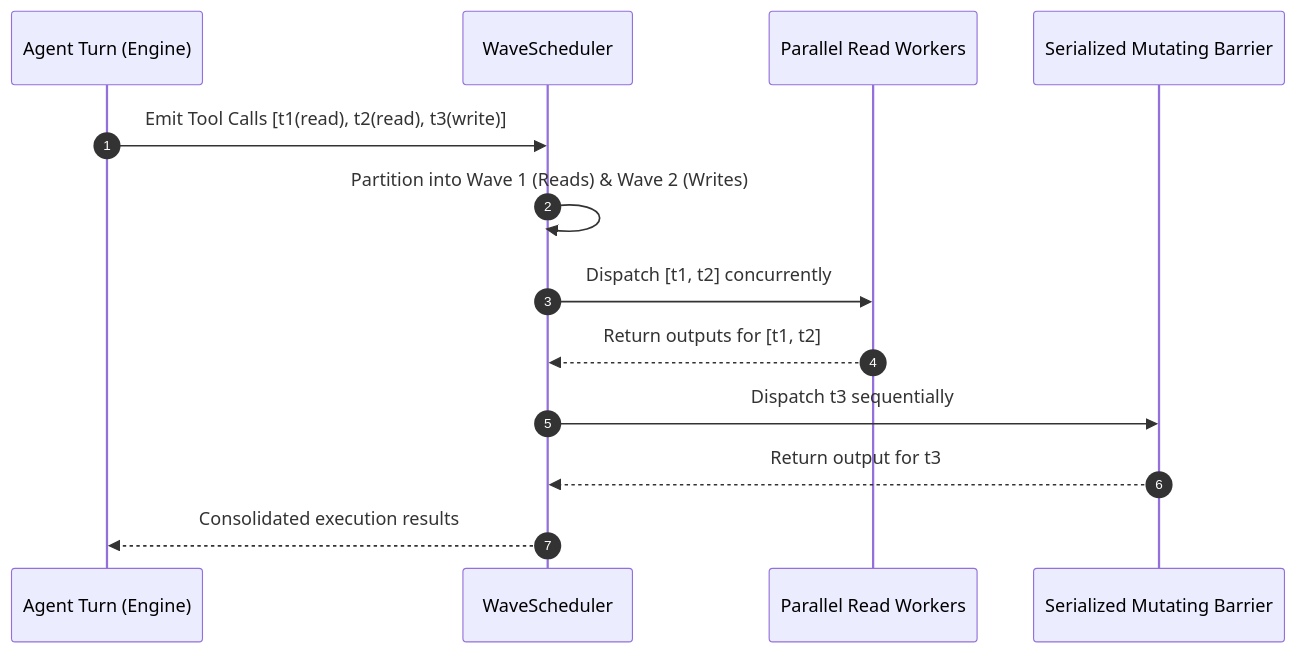
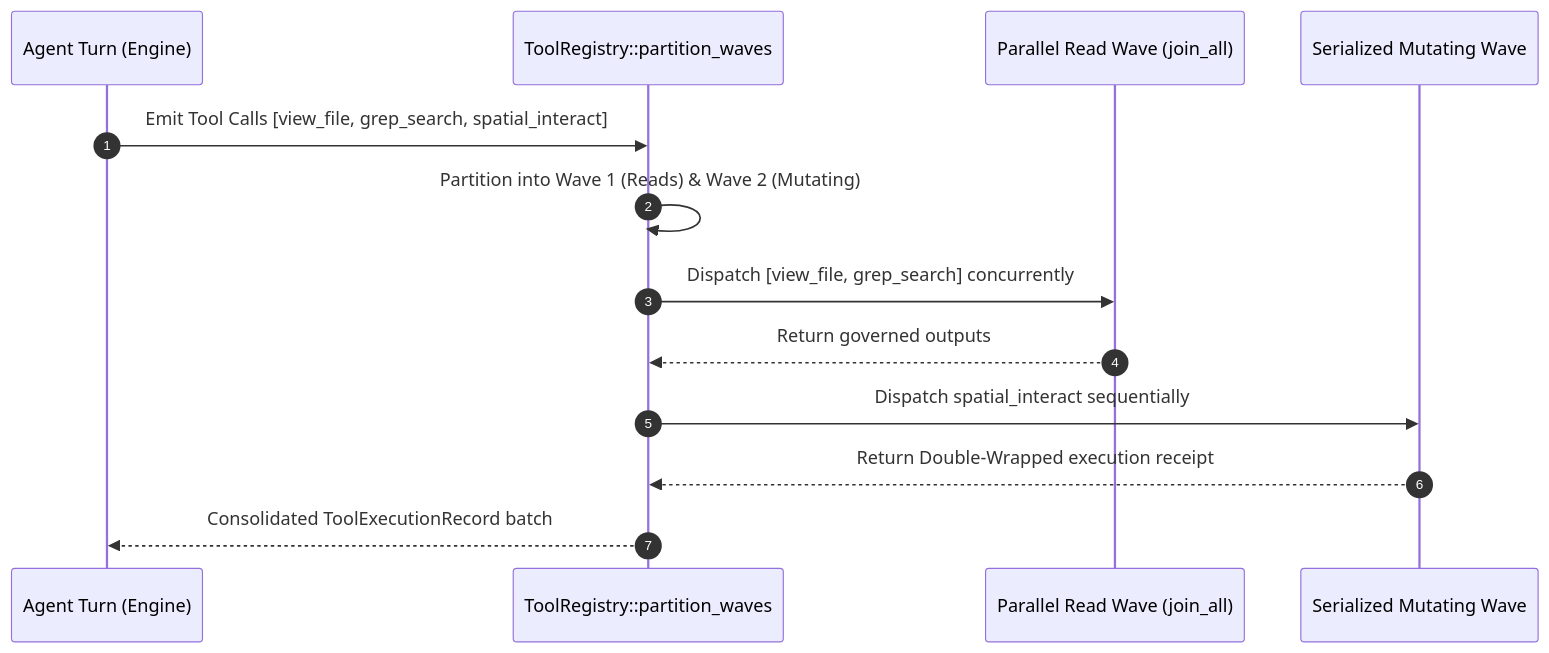
One commit to CardSorting/HEAV3NS-MICRO changed the diagram in docs/wiki/tool-system-and-execution-wavefront.md. Above: the diagram before and after it, drawn with Mermaid. The commit also changed other lines of this file and 116 other files, not shown here.

````diff
--- a/docs/wiki/tool-system-and-execution-wavefront.md
+++ b/docs/wiki/tool-system-and-execution-wavefront.md
@@ -19,16 +20,16 @@
 ```mermaid
 sequenceDiagram
   autonumber
   participant Agent as Agent Turn (Engine)
-  participant Scheduler as WaveScheduler
-  participant ReadPool as Parallel Read Workers
-  participant WriteBarrier as Serialized Mutating Barrier
+  participant Scheduler as ToolRegistry::partition_waves
+  participant ReadPool as Parallel Read Wave (join_all)
+  participant WriteBarrier as Serialized Mutating Wave
 
-  Agent->>Scheduler: Emit Tool Calls [t1(read), t2(read), t3(write)]
-  Scheduler->>Scheduler: Partition into Wave 1 (Reads) & Wave 2 (Writes)
-  Scheduler->>ReadPool: Dispatch [t1, t2] concurrently
-  ReadPool-->>Scheduler: Return outputs for [t1, t2]
-  Scheduler->>WriteBarrier: Dispatch t3 sequentially
-  WriteBarrier-->>Scheduler: Return output for t3
-  Scheduler-->>Agent: Consolidated execution results
+  Agent->>Scheduler: Emit Tool Calls [view_file, grep_search, spatial_interact]
+  Scheduler->>Scheduler: Partition into Wave 1 (Reads) & Wave 2 (Mutating)
+  Scheduler->>ReadPool: Dispatch [view_file, grep_search] concurrently
+  ReadPool-->>Scheduler: Return governed outputs
+  Scheduler->>WriteBarrier: Dispatch spatial_interact sequentially
+  WriteBarrier-->>Scheduler: Return Double-Wrapped execution receipt
+  Scheduler-->>Agent: Consolidated ToolExecutionRecord batch
 ```
````
